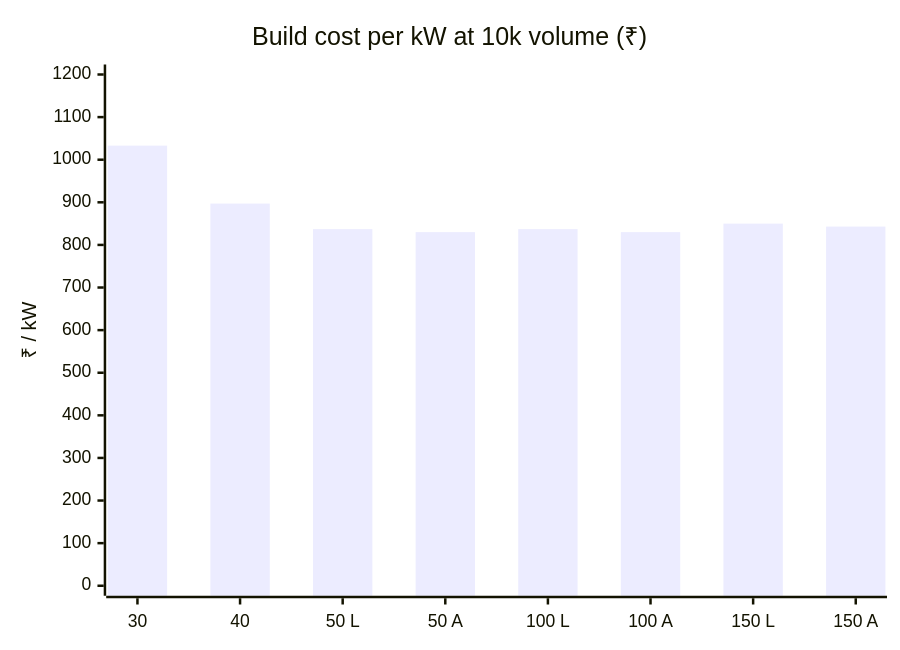
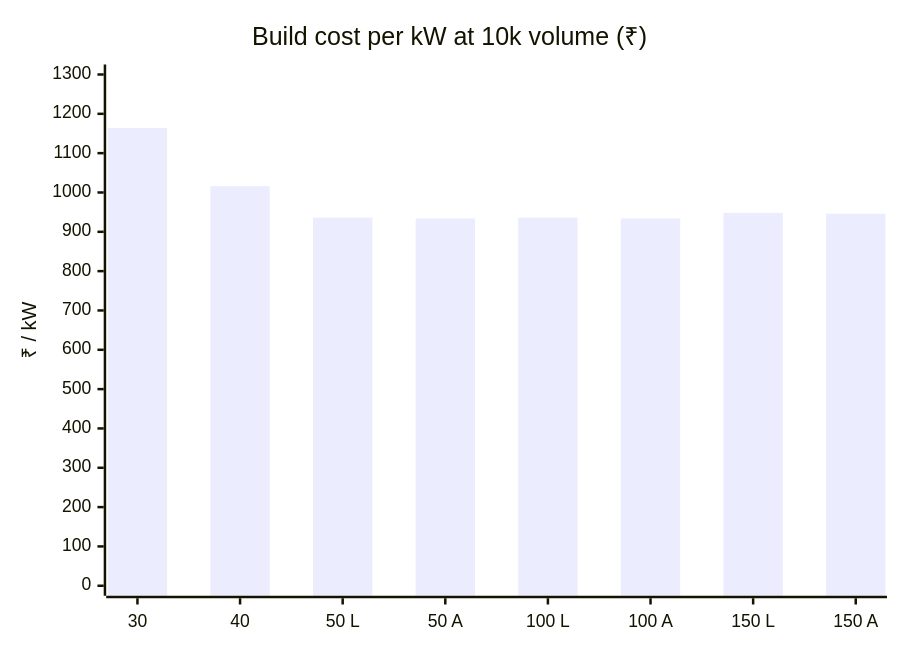
The diagram in docs/bom-cost.md (vectivolt/DC-Modules), drawn with Mermaid before and after one commit. The commit also changed other lines of this file and 26 other files, not shown here.

````diff
--- a/docs/bom-cost.md
+++ b/docs/bom-cost.md
@@ -41,7 +41,7 @@
 ```mermaid
 xychart-beta
   title "Build cost per kW at 10k volume (₹)"
   x-axis ["30", "40", "50 L", "50 A", "100 L", "100 A", "150 L", "150 A"]
-  y-axis "₹ / kW" 0 --> 1200
-  bar [1033, 897, 837, 830, 837, 830, 850, 843]
+  y-axis "₹ / kW" 0 --> 1300
+  bar [1164, 1016, 936, 934, 936, 934, 948, 946]
 ```
````
